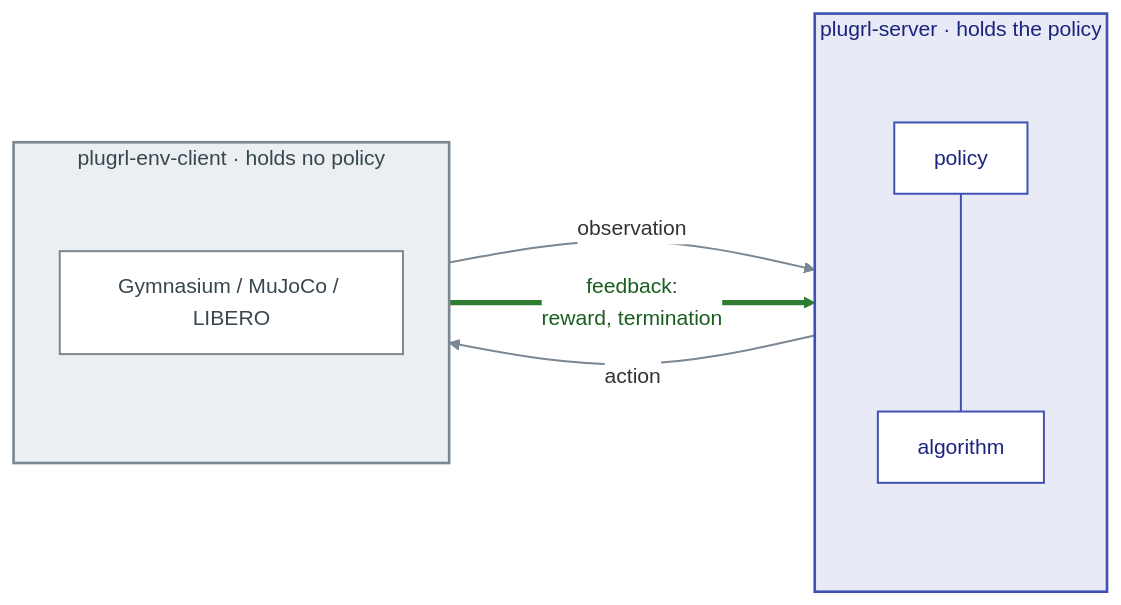
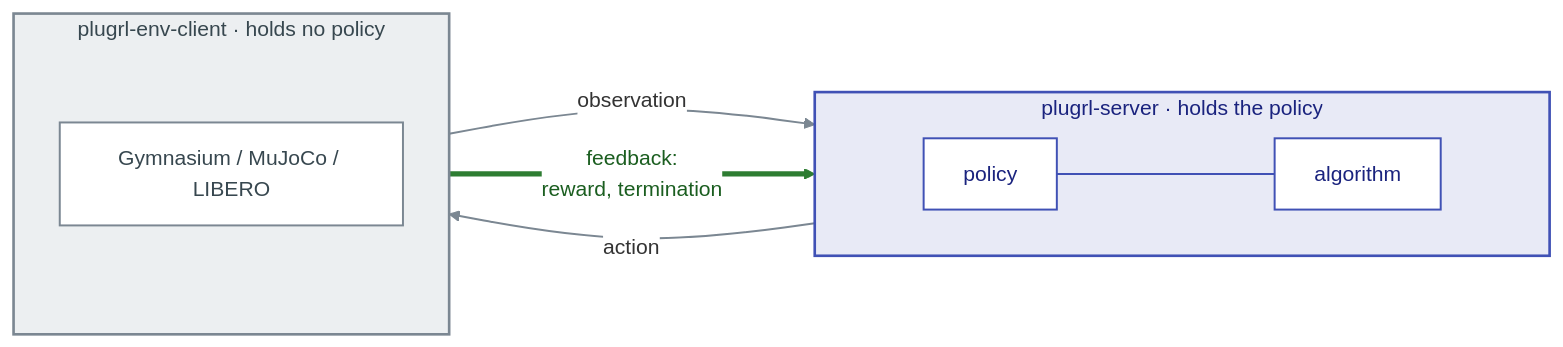
The diagram in profile/README.md (PlugRL/.github), drawn with Mermaid before and after one commit.

Commit message:
docs: policy and algorithm side by side in the flowchart
Stacked, they made the server box twice the height of the client's.
direction LR inside the subgraph lays them out in a row, and the two boxes
now stand about the same height.

````diff
--- a/profile/README.md
+++ b/profile/README.md
@@ -7,23 +7,24 @@
 ```mermaid
 %%{init: {"theme": "base", "flowchart": {"rankSpacing": 140}, "themeVariables": {"lineColor": "#7b8792", "textColor": "#1f2328", "edgeLabelBackground": "#ffffff"}}}%%
 flowchart LR
   subgraph S["plugrl-server &middot; holds the policy"]
+    direction LR
     P["policy"] --- A["algorithm"]
   end
   subgraph C["plugrl-env-client &middot; holds no policy"]
     E["Gymnasium / MuJoCo / LIBERO"]
   end
   C -- "observation" --> S
   S -- "action" --> C
   C == "feedback:<br/>reward, termination" ==> S
 
   classDef server fill:#ffffff,stroke:#4051b5,stroke-width:1.5px,color:#1a237e
   classDef client fill:#ffffff,stroke:#7b8792,stroke-width:1.5px,color:#37474f
   class P,A server
   class E client
   style S fill:#e8eaf6,stroke:#4051b5,stroke-width:2px,color:#1a237e
   style C fill:#eceff1,stroke:#7b8792,stroke-width:2px,color:#37474f
   linkStyle 0 stroke:#4051b5,stroke-width:1.5px
   linkStyle 1,2 stroke:#7b8792,stroke-width:1.5px
   linkStyle 3 stroke:#2e7d32,stroke-width:4px,color:#1b5e20
 ```
````
